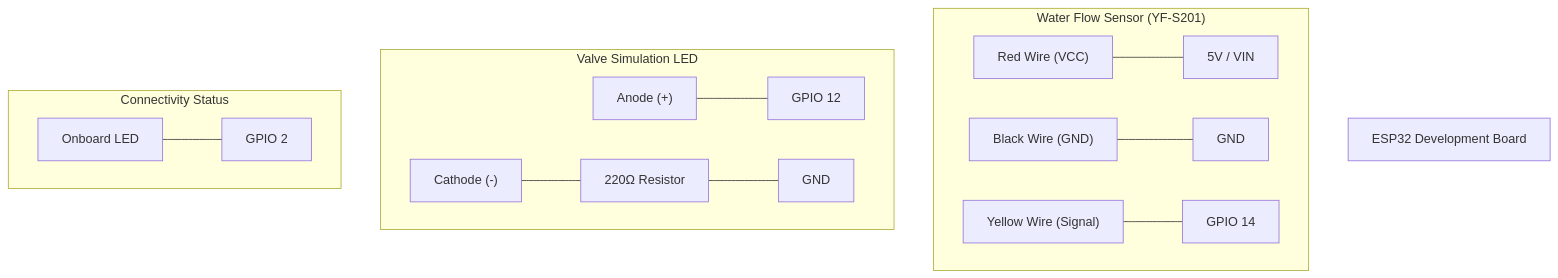
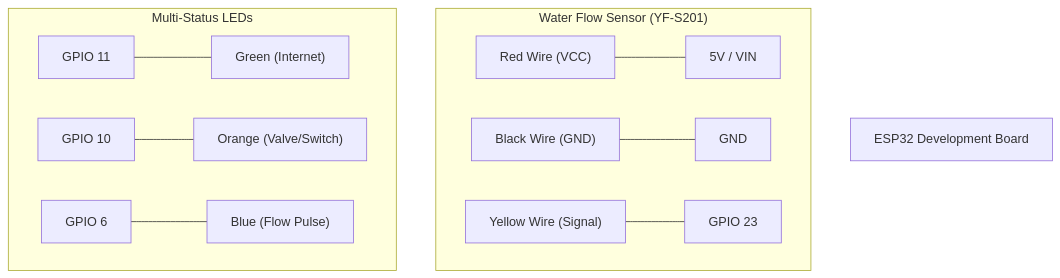
Before and after one commit to JTedwards106/water-system: the diagram in Hardware/WIRING.md, drawn with Mermaid. The commit also changed other lines of this file and 40 other files, not shown here.

````diff
--- a/Hardware/WIRING.md
+++ b/Hardware/WIRING.md
@@ -17,20 +17,16 @@
 ```mermaid
 graph TD
     ESP["ESP32 Development Board"]
     
     subgraph "Water Flow Sensor (YF-S201)"
         FS_R["Red Wire (VCC)"] --- ESP_5V["5V / VIN"]
         FS_B["Black Wire (GND)"] --- ESP_GND1["GND"]
-        FS_Y["Yellow Wire (Signal)"] --- ESP_14["GPIO 14"]
+        FS_Y["Yellow Wire (Signal)"] --- ESP_23["GPIO 23"]
     end
     
-    subgraph "Valve Simulation LED"
-        LED_A["Anode (+)"] --- ESP_12["GPIO 12"]
-        LED_K["Cathode (-)"] --- RES["220Ω Resistor"]
-        RES --- ESP_GND2["GND"]
-    end
-    
-    subgraph "Connectivity Status"
-        ONB["Onboard LED"] --- ESP_2["GPIO 2"]
+    subgraph "Multi-Status LEDs"
+        ESP_11["GPIO 11"] --- LED_G["Green (Internet)"]
+        ESP_10["GPIO 10"] --- LED_O["Orange (Valve/Switch)"]
+        ESP_6["GPIO 6"]   --- LED_B["Blue (Flow Pulse)"]
     end
 ```
````
